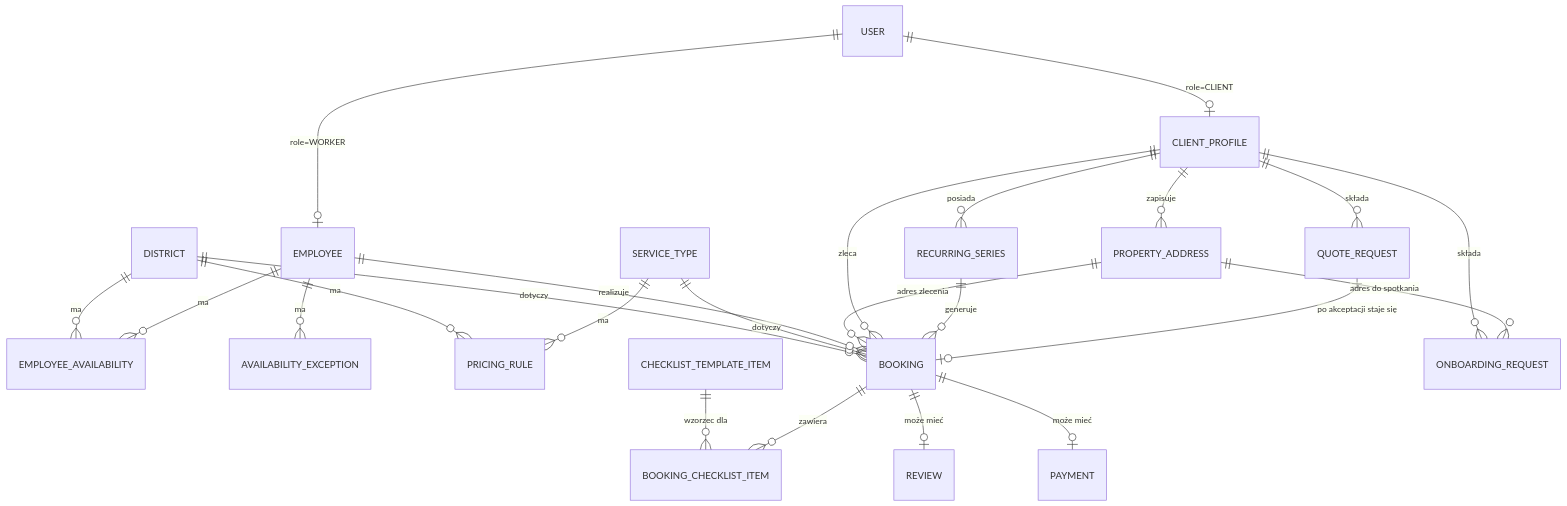
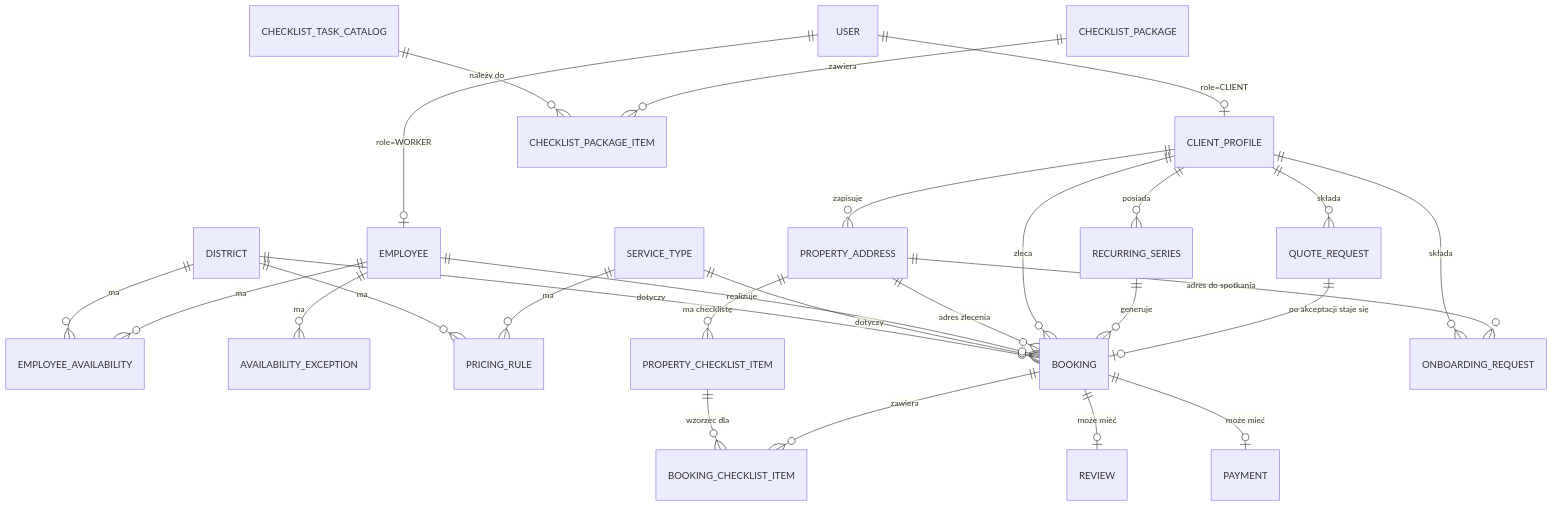
Before and after one commit to WojciechKolakowski/system_rezerwacji: the diagram in ARCHITEKTURA.md, drawn with Mermaid. The commit also changed other lines of this file and 15 other files, not shown here.

First line of the commit message:
Rework checklists from one global template to per-property, catalog+packages

````diff
--- a/ARCHITEKTURA.md
+++ b/ARCHITEKTURA.md
@@ -32,26 +32,29 @@
 ```mermaid
 erDiagram
     USER ||--o| CLIENT_PROFILE : "role=CLIENT"
     USER ||--o| EMPLOYEE : "role=WORKER"
     CLIENT_PROFILE ||--o{ PROPERTY_ADDRESS : "zapisuje"
     DISTRICT ||--o{ EMPLOYEE_AVAILABILITY : "ma"
     EMPLOYEE ||--o{ EMPLOYEE_AVAILABILITY : "ma"
     EMPLOYEE ||--o{ AVAILABILITY_EXCEPTION : "ma"
     DISTRICT ||--o{ PRICING_RULE : "ma"
     SERVICE_TYPE ||--o{ PRICING_RULE : "ma"
     DISTRICT ||--o{ BOOKING : "dotyczy"
     SERVICE_TYPE ||--o{ BOOKING : "dotyczy"
     EMPLOYEE ||--o{ BOOKING : "realizuje"
     PROPERTY_ADDRESS ||--o{ BOOKING : "adres zlecenia"
     CLIENT_PROFILE ||--o{ BOOKING : "zleca"
     CLIENT_PROFILE ||--o{ RECURRING_SERIES : "posiada"
     RECURRING_SERIES ||--o{ BOOKING : "generuje"
-    CHECKLIST_TEMPLATE_ITEM ||--o{ BOOKING_CHECKLIST_ITEM : "wzorzec dla"
+    CHECKLIST_TASK_CATALOG ||--o{ CHECKLIST_PACKAGE_ITEM : "należy do"
+    CHECKLIST_PACKAGE ||--o{ CHECKLIST_PACKAGE_ITEM : "zawiera"
+    PROPERTY_ADDRESS ||--o{ PROPERTY_CHECKLIST_ITEM : "ma checklistę"
+    PROPERTY_CHECKLIST_ITEM ||--o{ BOOKING_CHECKLIST_ITEM : "wzorzec dla"
     BOOKING ||--o{ BOOKING_CHECKLIST_ITEM : "zawiera"
     BOOKING ||--o| REVIEW : "może mieć"
     BOOKING ||--o| PAYMENT : "może mieć"
     QUOTE_REQUEST ||--o| BOOKING : "po akceptacji staje się"
     CLIENT_PROFILE ||--o{ QUOTE_REQUEST : "składa"
     CLIENT_PROFILE ||--o{ ONBOARDING_REQUEST : "składa"
     PROPERTY_ADDRESS ||--o{ ONBOARDING_REQUEST : "adres do spotkania"
 ```
````
